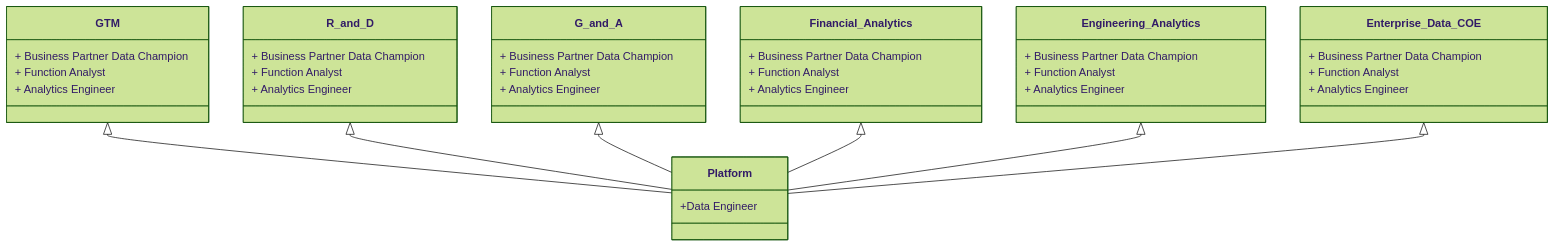
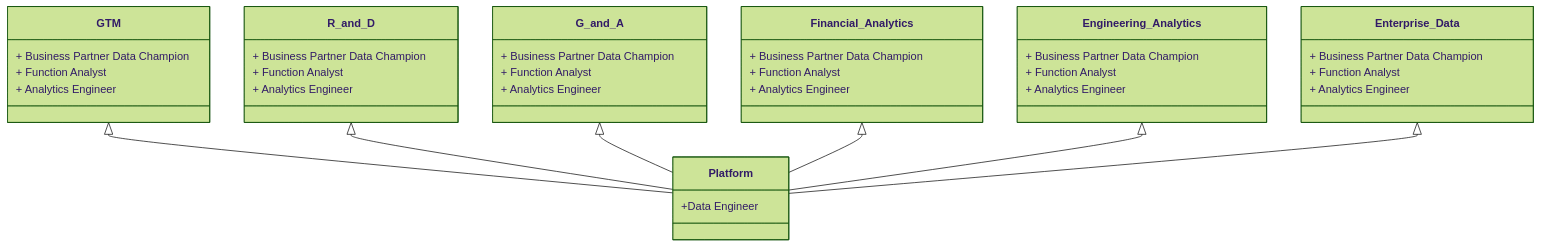
One commit to secretstartups/handbook changed the first of 6 diagrams in business-technology/data-team/organization/index.html.md. Above: the diagram before and after it, drawn with Mermaid (forest theme). The commit also changed other lines of this file, not shown here.

Commit message:
update enterprise data fusion to drop COE

````diff
--- a/business-technology/data-team/organization/index.html.md
+++ b/business-technology/data-team/organization/index.html.md
@@ -37,28 +37,28 @@
 ```mermaid
 classDiagram
    GTM <|-- Platform
         GTM : + Business Partner Data Champion
         GTM : + Function Analyst
         GTM : + Analytics Engineer
     R_and_D <|-- Platform
         R_and_D : + Business Partner Data Champion
         R_and_D : + Function Analyst
         R_and_D : + Analytics Engineer
     G_and_A <|-- Platform
         G_and_A : + Business Partner Data Champion
         G_and_A : + Function Analyst
         G_and_A : + Analytics Engineer
     Financial_Analytics <|-- Platform
         Financial_Analytics : + Business Partner Data Champion
         Financial_Analytics : + Function Analyst
         Financial_Analytics : + Analytics Engineer
     Engineering_Analytics <|-- Platform
         Engineering_Analytics : + Business Partner Data Champion
         Engineering_Analytics : + Function Analyst
         Engineering_Analytics : + Analytics Engineer
-    Enterprise_Data_COE <|-- Platform
-        Enterprise_Data_COE : + Business Partner Data Champion
-        Enterprise_Data_COE : + Function Analyst
-        Enterprise_Data_COE : + Analytics Engineer
+    Enterprise_Data <|-- Platform
+        Enterprise_Data : + Business Partner Data Champion
+        Enterprise_Data : + Function Analyst
+        Enterprise_Data : + Analytics Engineer
     Platform : +Data Engineer
   ```
````
